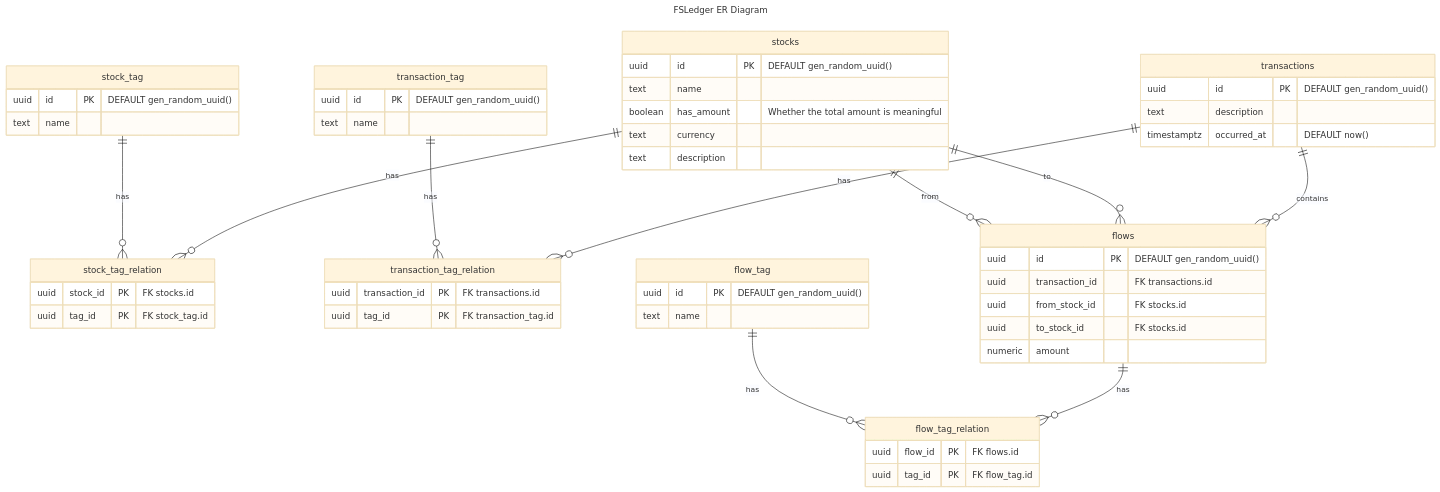
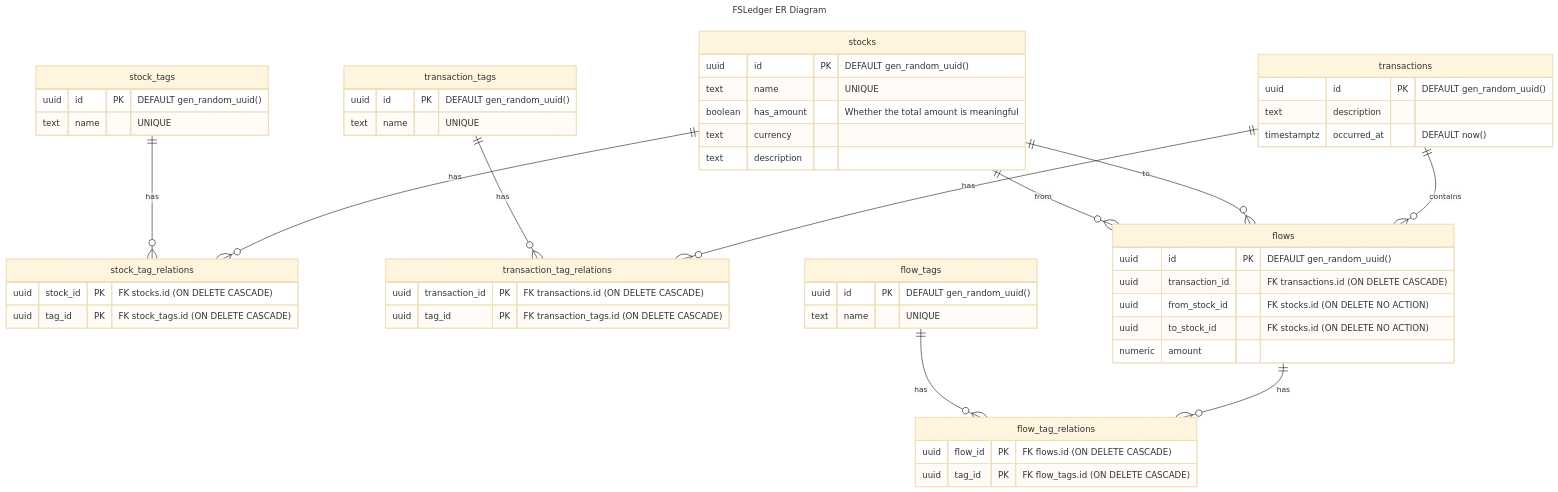
The diagram in README.md (M-Haruki/fsledger), drawn with Mermaid (base theme) before and after one commit. The commit also changed other lines of this file and 3 other files, not shown here.

````diff
--- a/README.md
+++ b/README.md
@@ -11,71 +16,71 @@
 ```mermaid
 ---
 title: "FSLedger ER Diagram"
 ---
 
 erDiagram
     stocks{
         uuid id PK "DEFAULT gen_random_uuid()"
-        text name
+        text name "UNIQUE"
         boolean has_amount "Whether the total amount is meaningful"
         text currency
         text description
     }
 
-    stock_tag{
+    stock_tags{
         uuid id PK "DEFAULT gen_random_uuid()"
-        text name
+        text name "UNIQUE"
     }
 
-    stock_tag_relation{
-        uuid stock_id PK "FK stocks.id"
-        uuid tag_id PK "FK stock_tag.id"
+    stock_tag_relations{
+        uuid stock_id PK "FK stocks.id (ON DELETE CASCADE)"
+        uuid tag_id PK "FK stock_tags.id (ON DELETE CASCADE)"
     }
     
     transactions{
         uuid id PK "DEFAULT gen_random_uuid()"
         text description
         timestamptz occurred_at "DEFAULT now()"
     }
 
-    transaction_tag{
+    transaction_tags{
         uuid id PK "DEFAULT gen_random_uuid()"
-        text name
+        text name "UNIQUE"
     }
 
-    transaction_tag_relation{
-        uuid transaction_id PK "FK transactions.id"
-        uuid tag_id PK "FK transaction_tag.id"
+    transaction_tag_relations{
+        uuid transaction_id PK "FK transactions.id (ON DELETE CASCADE)"
+        uuid tag_id PK "FK transaction_tags.id (ON DELETE CASCADE)"
     }
 
     flows{
         uuid id PK "DEFAULT gen_random_uuid()"
-        uuid transaction_id "FK transactions.id"
-        uuid from_stock_id "FK stocks.id"
-        uuid to_stock_id "FK stocks.id"
+        uuid transaction_id "FK transactions.id (ON DELETE CASCADE)"
+        uuid from_stock_id "FK stocks.id (ON DELETE NO ACTION)"
+        uuid to_stock_id "FK stocks.id (ON DELETE NO ACTION)"
         numeric amount
     }
 
-    flow_tag{
+    flow_tags{
         uuid id PK "DEFAULT gen_random_uuid()"
-        text name
+        text name "UNIQUE"
     }
 
-    flow_tag_relation{
-        uuid flow_id PK "FK flows.id"
-        uuid tag_id PK "FK flow_tag.id"
+    flow_tag_relations{
+        uuid flow_id PK "FK flows.id (ON DELETE CASCADE)"
+        uuid tag_id PK "FK flow_tags.id (ON DELETE CASCADE)"
     }
 
-    stocks ||--o{ stock_tag_relation : has
-    stock_tag ||--o{ stock_tag_relation : has
+    stocks ||--o{ stock_tag_relations : has
+    stock_tags ||--o{ stock_tag_relations : has
 
-    transactions ||--o{ transaction_tag_relation : has
-    transaction_tag ||--o{ transaction_tag_relation : has
+    transactions ||--o{ transaction_tag_relations : has
+    transaction_tags ||--o{ transaction_tag_relations : has
 
-    flows ||--o{ flow_tag_relation : has
-    flow_tag ||--o{ flow_tag_relation : has
+    flows ||--o{ flow_tag_relations : has
+    flow_tags ||--o{ flow_tag_relations : has
 
     transactions ||--o{ flows : contains
     stocks ||--o{ flows : "to"
     stocks ||--o{ flows : "from"
 ```
````
